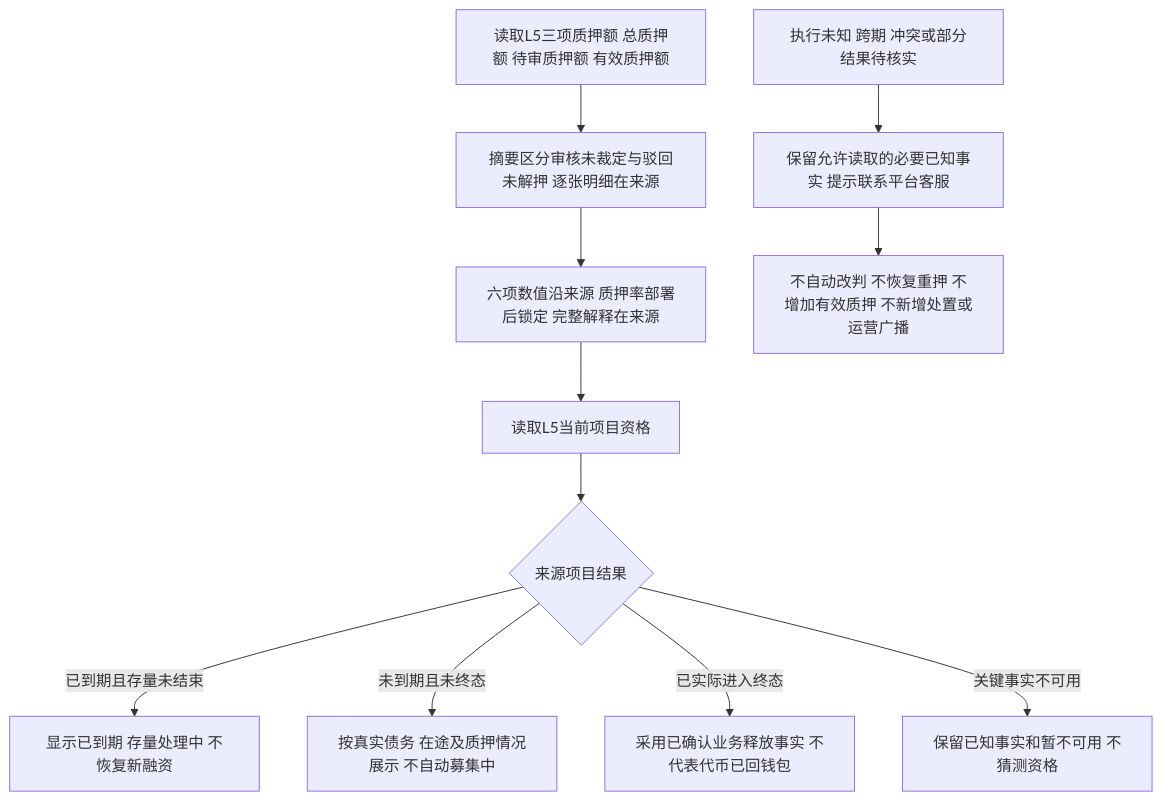
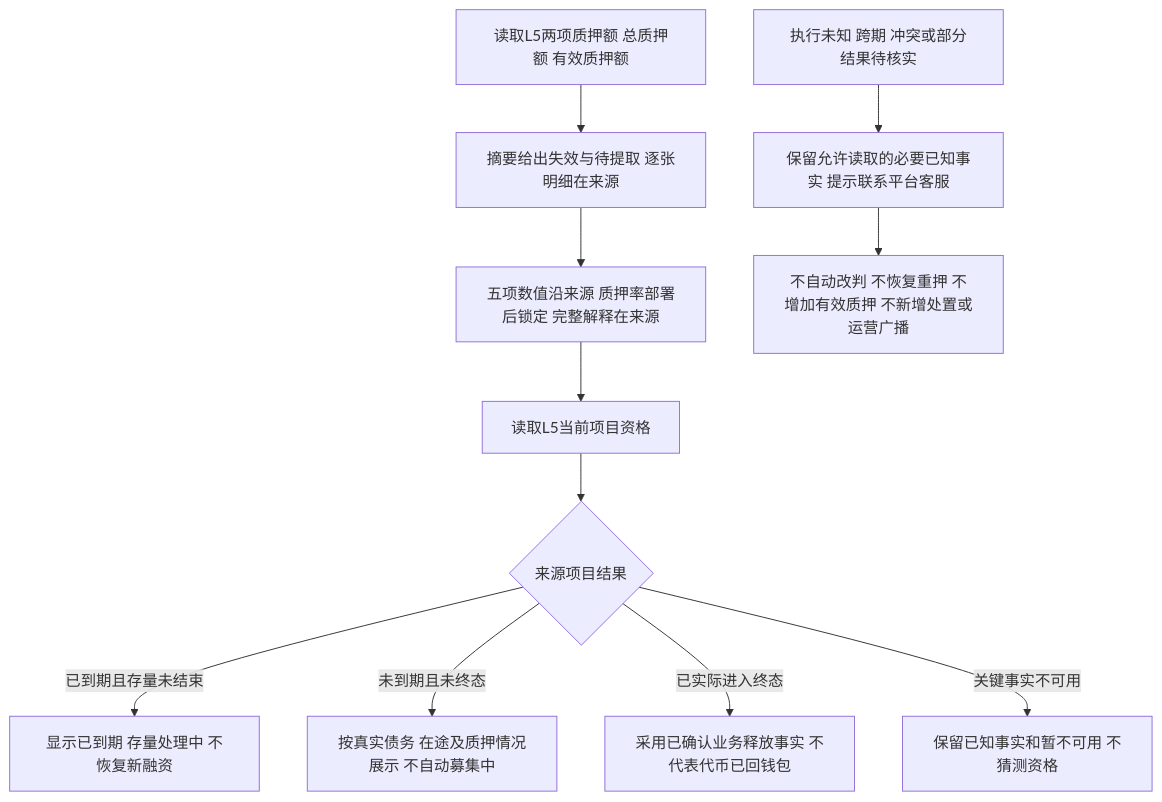
One commit to wxblockchain/Chain-Financing changed diagram 11 of 12 in lending-platform/PRD/面客端/09-我的控制台/02-我的控制台-流程图与状态机.md. Above: the diagram before and after it, drawn with Mermaid. The commit also changed other lines of this file and 28 other files, not shown here.

````diff
--- a/lending-platform/PRD/面客端/09-我的控制台/02-我的控制台-流程图与状态机.md
+++ b/lending-platform/PRD/面客端/09-我的控制台/02-我的控制台-流程图与状态机.md
@@ -302,13 +302,13 @@
 ```mermaid
 flowchart TD
-  A[读取L5三项质押额 总质押额 待审质押额 有效质押额] --> B[摘要区分审核未裁定与驳回未解押 逐张明细在来源]
-  B --> C[六项数值沿来源 质押率部署后锁定 完整解释在来源]
+  A[读取L5两项质押额 总质押额 有效质押额] --> B[摘要给出失效与待提取 逐张明细在来源]
+  B --> C[五项数值沿来源 质押率部署后锁定 完整解释在来源]
   C --> D[读取L5当前项目资格]
   D --> E{来源项目结果}
   E -- 已到期且存量未结束 --> F[显示已到期 存量处理中 不恢复新融资]
   E -- 未到期且未终态 --> G[按真实债务 在途及质押情况展示 不自动募集中]
   E -- 已实际进入终态 --> H[采用已确认业务释放事实 不代表代币已回钱包]
   E -- 关键事实不可用 --> I[保留已知事实和暂不可用 不猜测资格]
   J[执行未知 跨期 冲突或部分结果待核实] --> K[保留允许读取的必要已知事实 提示联系平台客服]
   K --> L[不自动改判 不恢复重押 不增加有效质押 不新增处置或运营广播]
 ```
````
